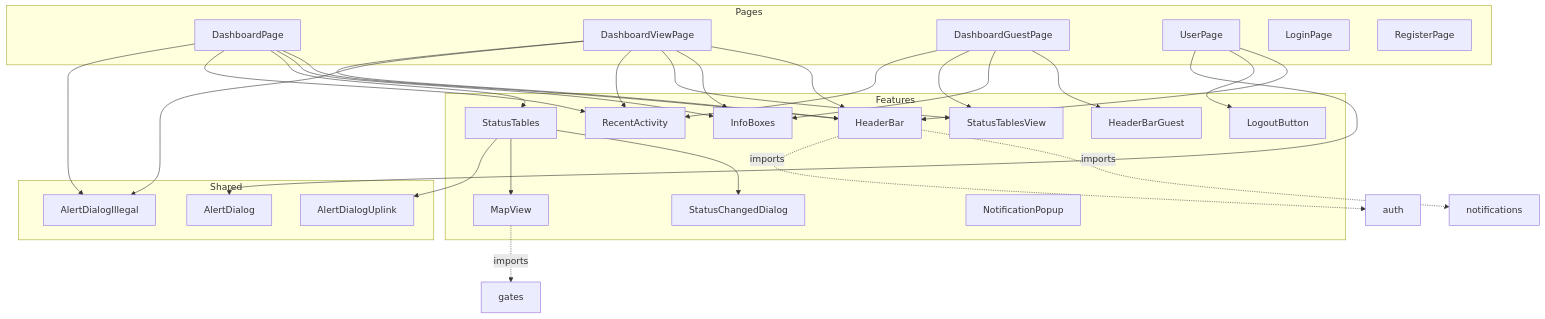
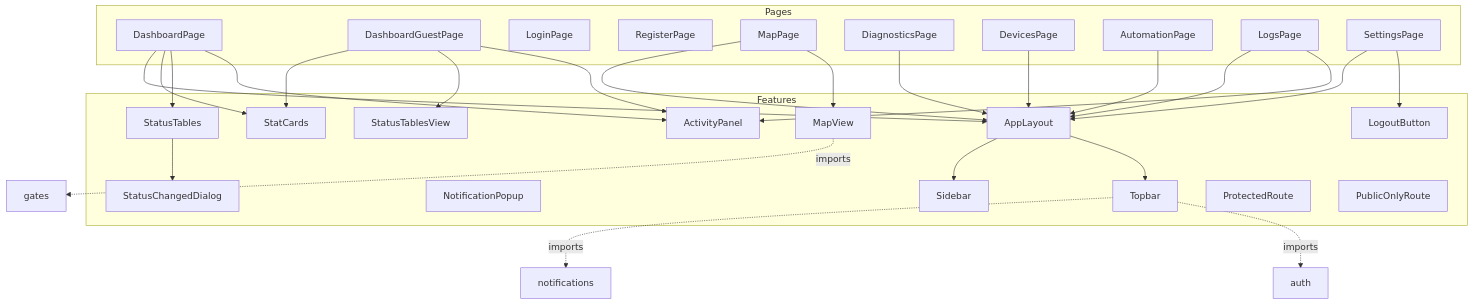
The second of 2 diagrams in server/frontend/docs/architecture.md (smartuni/riot-po-2026), drawn with Mermaid before and after one commit. The commit also changed other lines of this file and 199 other files, not shown here.

````diff
--- a/server/frontend/docs/architecture.md
+++ b/server/frontend/docs/architecture.md
@@ -129,41 +125,46 @@
 ```mermaid
 flowchart TB
     subgraph Pages
         DP[DashboardPage]
-        DVP[DashboardViewPage]
         DGP[DashboardGuestPage]
-        UP[UserPage]
         LP[LoginPage]
         RP[RegisterPage]
+        MP[MapPage]
+        DiagP[DiagnosticsPage]
+        DevP[DevicesPage]
+        AutP[AutomationPage]
+        LogsP[LogsPage]
+        SetP[SettingsPage]
     end
 
     subgraph Features
         ST[StatusTables]
         STV[StatusTablesView]
-        IB[InfoBoxes]
+        SC[StatCards]
         SCD[StatusChangedDialog]
         MV[MapView]
-        RA[RecentActivity]
+        AP[ActivityPanel]
         NP[NotificationPopup]
-        HB[HeaderBar]
-        HBG[HeaderBarGuest]
+        AL[AppLayout]
+        SB[Sidebar]
+        TB[Topbar]
         LB[LogoutButton]
+        PR[ProtectedRoute]
+        POR[PublicOnlyRoute]
     end
 
-    subgraph Shared
-        ADI[AlertDialogIllegal]
-        AD[AlertDialog]
-        ADU[AlertDialogUplink]
-    end
+    DP --> AL & SC & ST & AP
+    DGP --> SC & STV & AP
+    MP --> AL & MV
+    DiagP --> AL
+    DevP --> AL
+    AutP --> AL
+    LogsP --> AL & AP
+    SetP --> AL & LB
 
-    DP --> HB & IB & ST & RA & ADI
-    DVP --> HB & IB & STV & RA & ADI
-    DVP --> HB
-    DGP --> HBG & IB & STV & RA
-    UP --> HB & LB & AD
-
-    ST --> SCD & MV & ADU
-    HB -.->|imports| notifications
-    HB -.->|imports| auth
+    AL --> SB & TB
+    ST --> SCD
+    TB -.->|imports| notifications
+    TB -.->|imports| auth
     MV -.->|imports| gates
 ```
````
